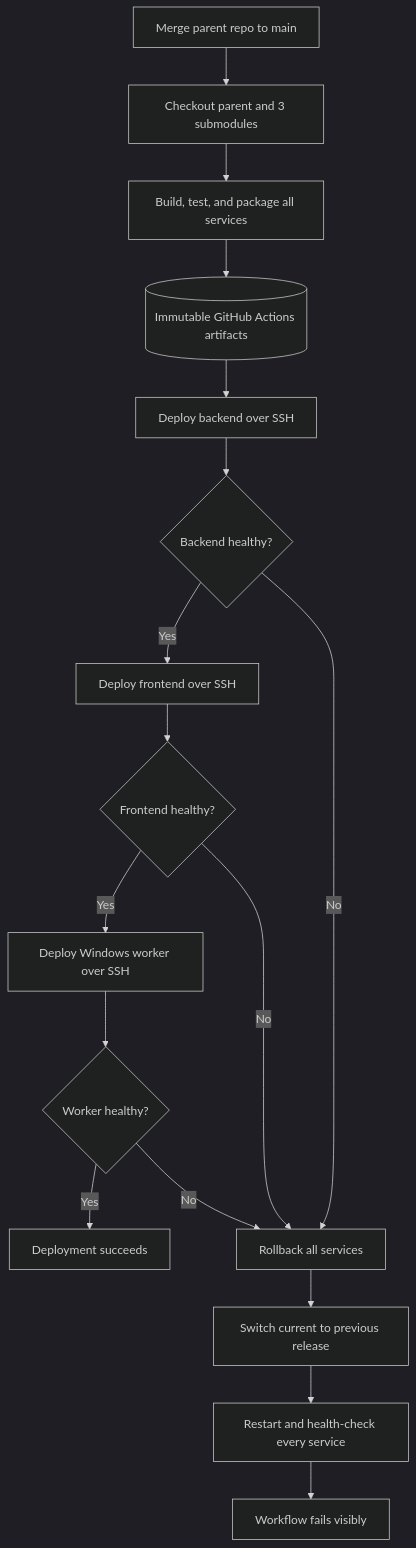
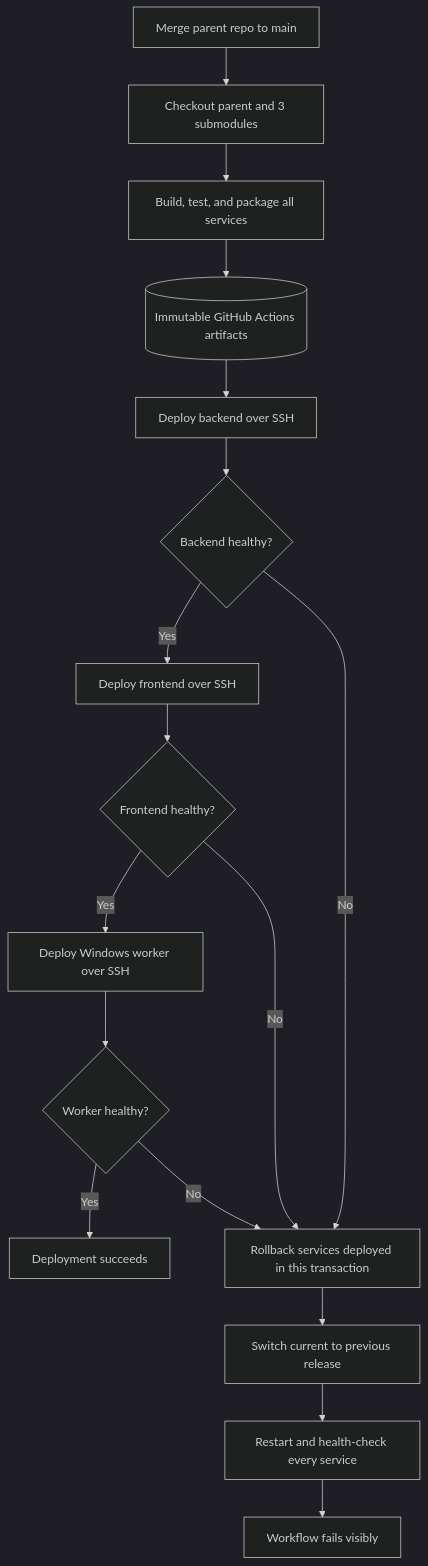
The first of 2 diagrams in README.md (NITHV/hanomi-deploy-pipeline), drawn with Mermaid (dark theme) before and after one commit. The commit also changed other lines of this file and 1 other file, not shown here.

Commit message:
Limit rollback to deployed services

````diff
--- a/README.md
+++ b/README.md
@@ -37,21 +37,21 @@
 ```mermaid
 flowchart TD
     M[Merge parent repo to main] --> C[Checkout parent and 3 submodules]
     C --> B[Build, test, and package all services]
     B --> A[(Immutable GitHub Actions artifacts)]
 
     A --> DB[Deploy backend over SSH]
     DB --> HB{Backend healthy?}
     HB -- Yes --> DF[Deploy frontend over SSH]
     DF --> HF{Frontend healthy?}
     HF -- Yes --> DW[Deploy Windows worker over SSH]
     DW --> HW{Worker healthy?}
     HW -- Yes --> S[Deployment succeeds]
 
-    HB -- No --> R[Rollback all services]
+    HB -- No --> R[Rollback services deployed in this transaction]
     HF -- No --> R
     HW -- No --> R
     R --> RP[Switch current to previous release]
     RP --> RH[Restart and health-check every service]
     RH --> F[Workflow fails visibly]
 ```
````
